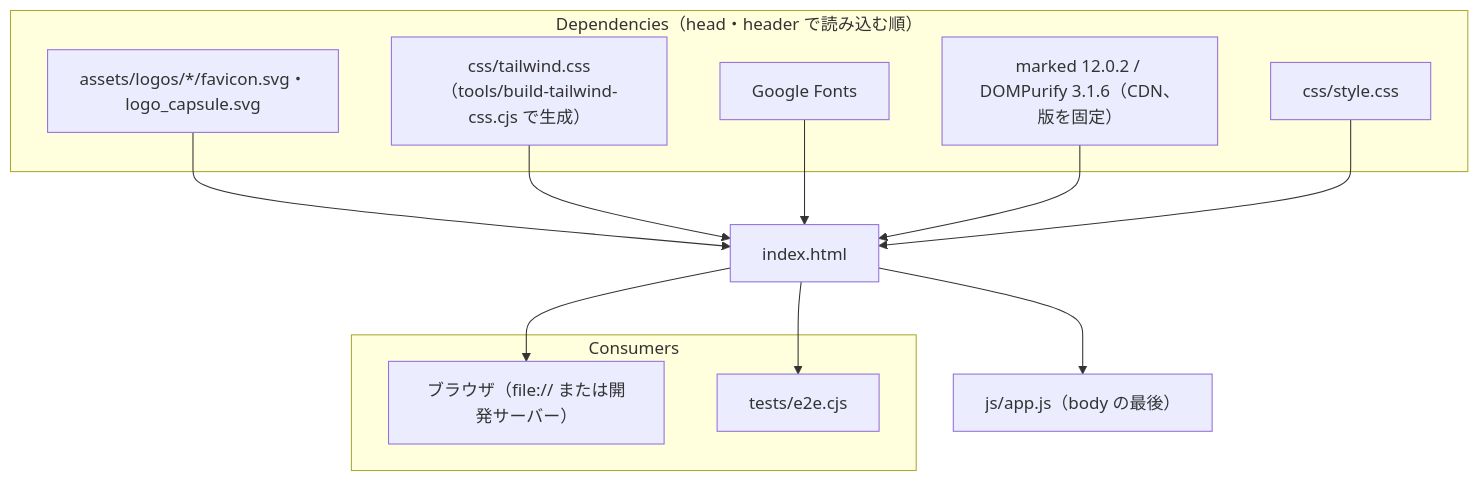
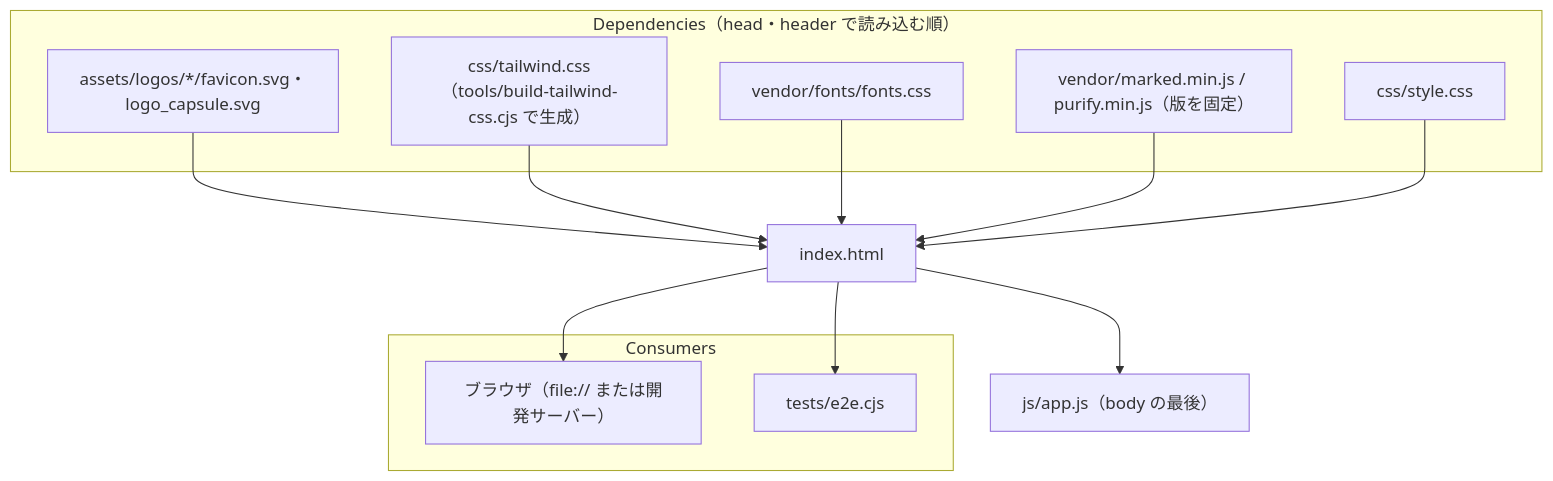
Before and after one commit to prankster-freedom/Lucivo: the diagram in doc/3.implementation/index.html.md, drawn with Mermaid. The commit also changed other lines of this file and 14 other files, not shown here.

````diff
--- a/doc/3.implementation/index.html.md
+++ b/doc/3.implementation/index.html.md
@@ -13,24 +13,24 @@
 ```mermaid
 flowchart TD
   subgraph Dependencies["Dependencies（head・header で読み込む順）"]
     fav["assets/logos/*/favicon.svg・logo_capsule.svg"]
     tw["css/tailwind.css（tools/build-tailwind-css.cjs で生成）"]
-    fonts["Google Fonts"]
-    libs["marked 12.0.2 / DOMPurify 3.1.6（CDN、版を固定）"]
+    fonts["vendor/fonts/fonts.css"]
+    libs["vendor/marked.min.js / purify.min.js（版を固定）"]
     css["css/style.css"]
   end
   html["index.html"]
   fav --> html
   tw --> html
   fonts --> html
   libs --> html
   css --> html
   app["js/app.js（body の最後）"]
   html --> app
   subgraph Consumers
     browser["ブラウザ（file:// または開発サーバー）"]
     e2e["tests/e2e.cjs"]
   end
   html --> browser
   html --> e2e
 ```
````
